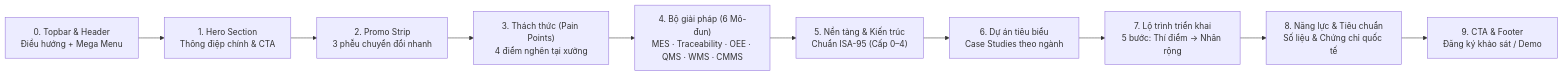
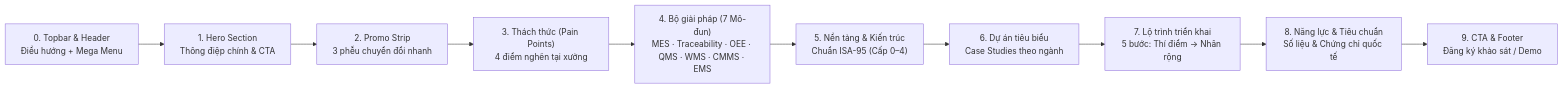
The diagram in docs/NoiDung_TongThe_SmartFactory.md (XuTa93/WebSiteOwn), drawn with Mermaid before and after one commit. The commit also changed other lines of this file and 8 other files, not shown here.

````diff
--- a/docs/NoiDung_TongThe_SmartFactory.md
+++ b/docs/NoiDung_TongThe_SmartFactory.md
@@ -24,12 +24,12 @@
 ```mermaid
 flowchart LR
     A["0. Topbar & Header<br/>Điều hướng + Mega Menu"] --> B["1. Hero Section<br/>Thông điệp chính & CTA"]
     B --> C["2. Promo Strip<br/>3 phễu chuyển đổi nhanh"]
     C --> D["3. Thách thức (Pain Points)<br/>4 điểm nghẽn tại xưởng"]
-    D --> E["4. Bộ giải pháp (6 Mô-đun)<br/>MES · Traceability · OEE · QMS · WMS · CMMS"]
+    D --> E["4. Bộ giải pháp (7 Mô-đun)<br/>MES · Traceability · OEE · QMS · WMS · CMMS · EMS"]
     E --> F["5. Nền tảng & Kiến trúc<br/>Chuẩn ISA-95 (Cấp 0–4)"]
     F --> G["6. Dự án tiêu biểu<br/>Case Studies theo ngành"]
     G --> H["7. Lộ trình triển khai<br/>5 bước: Thí điểm → Nhân rộng"]
     H --> I["8. Năng lực & Tiêu chuẩn<br/>Số liệu & Chứng chỉ quốc tế"]
     I --> J["9. CTA & Footer<br/>Đăng ký khảo sát / Demo"]
 ```
````
